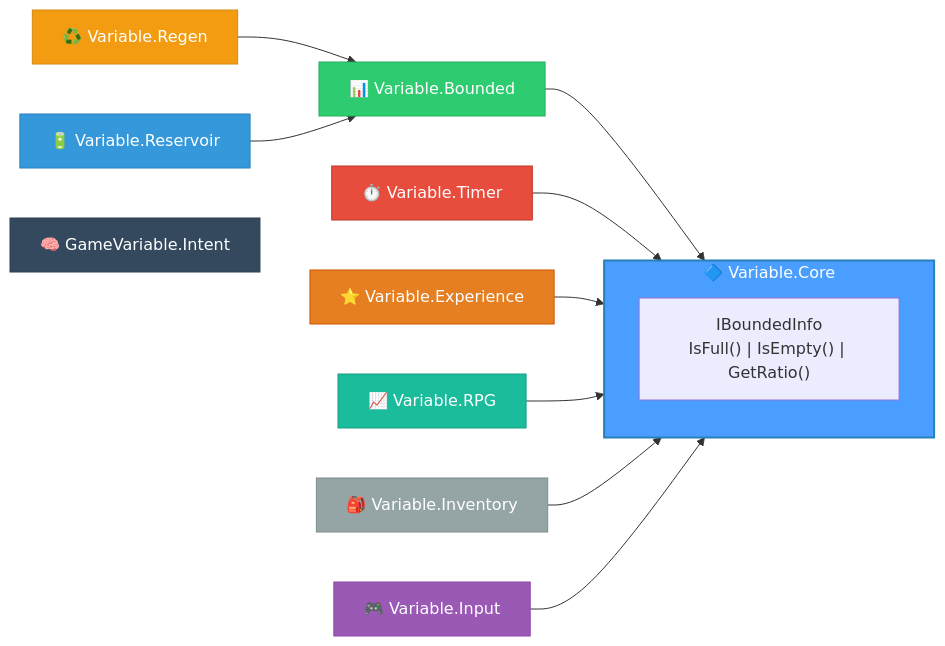
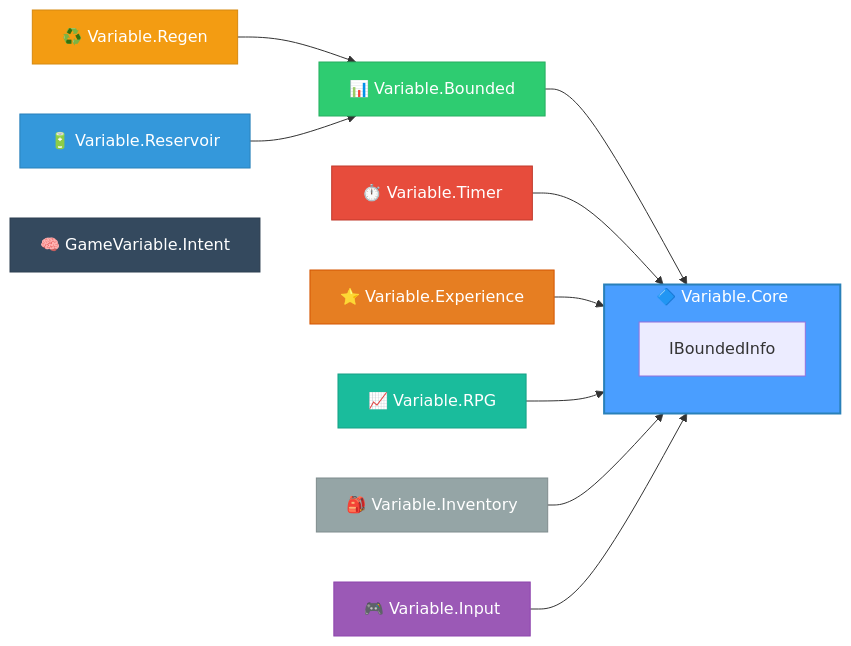
The diagram in README.md (IAFahim/GameVariable), drawn with Mermaid before and after one commit. The commit also changed other lines of this file and 12 other files, not shown here.

````diff
--- a/README.md
+++ b/README.md
@@ -134,27 +79,27 @@
 ```mermaid
 graph LR
     subgraph Core["🔷 Variable.Core"]
-        IBoundedInfo["IBoundedInfo<br/>IsFull() | IsEmpty() | GetRatio()"]
+        IBoundedInfo["IBoundedInfo"]
     end
     
     Bounded["📊 Variable.Bounded"] --> Core
     Timer["⏱️ Variable.Timer"] --> Core
     Regen["♻️ Variable.Regen"] --> Bounded
     Reservoir["🔋 Variable.Reservoir"] --> Bounded
     Experience["⭐ Variable.Experience"] --> Core
     RPG["📈 Variable.RPG"] --> Core
     Inventory["🎒 Variable.Inventory"] --> Core
     Input["🎮 Variable.Input"] --> Core
     Intent["🧠 GameVariable.Intent"]
     
     style Core fill:#4a9eff,stroke:#2980b9,stroke-width:2px,color:#fff
     style Bounded fill:#2ecc71,stroke:#27ae60,color:#fff
     style Timer fill:#e74c3c,stroke:#c0392b,color:#fff
     style Regen fill:#f39c12,stroke:#d68910,color:#fff
     style Reservoir fill:#3498db,stroke:#2980b9,color:#fff
     style Experience fill:#e67e22,stroke:#d35400,color:#fff
     style RPG fill:#1abc9c,stroke:#16a085,color:#fff
     style Inventory fill:#95a5a6,stroke:#7f8c8d,color:#fff
     style Input fill:#9b59b6,stroke:#8e44ad,color:#fff
     style Intent fill:#34495e,stroke:#2c3e50,color:#fff
 ```
````
